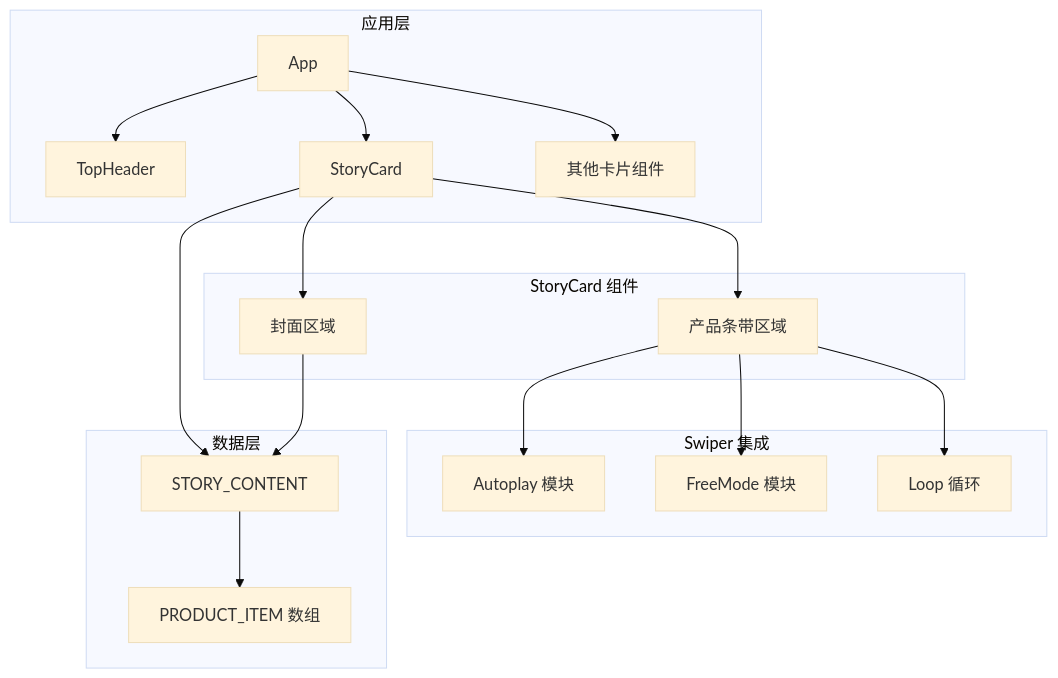
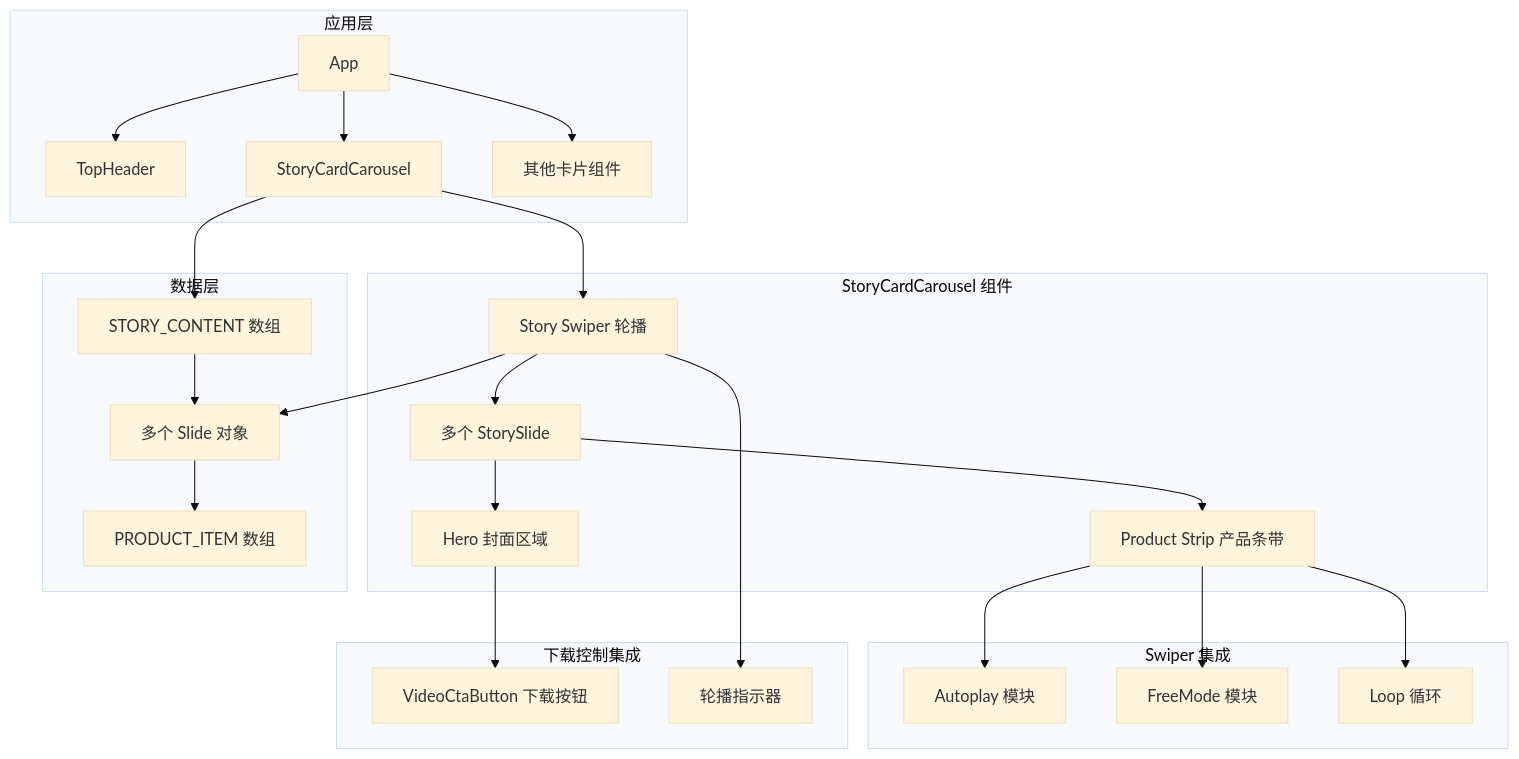
Before and after one commit to billye220670/newSquare: the fourth of 14 diagrams in .qoder/repowiki/zh/content/内容卡片系统/单品故事卡片.md, drawn with Mermaid (base theme). The commit also changed other lines of this file and 7 other files, not shown here.

````diff
--- a/.qoder/repowiki/zh/content/内容卡片系统/单品故事卡片.md
+++ b/.qoder/repowiki/zh/content/内容卡片系统/单品故事卡片.md
@@ -146,22 +191,29 @@
 ```mermaid
 graph TB
 subgraph "应用层"
 A[App] --> B[TopHeader]
-A --> C[StoryCard]
+A --> C[StoryCardCarousel]
 A --> D[其他卡片组件]
 end
-subgraph "StoryCard 组件"
-C --> E[封面区域]
-C --> F[产品条带区域]
+subgraph "StoryCardCarousel 组件"
+C --> E[Story Swiper 轮播]
+E --> F[多个 StorySlide]
+F --> G[Hero 封面区域]
+F --> H[Product Strip 产品条带]
 end
 subgraph "Swiper 集成"
-F --> G[Autoplay 模块]
-F --> H[FreeMode 模块]
-F --> I[Loop 循环]
+H --> I[Autoplay 模块]
+H --> J[FreeMode 模块]
+H --> K[Loop 循环]
+end
+subgraph "下载控制集成"
+G --> L[VideoCtaButton 下载按钮]
+E --> M[轮播指示器]
 end
 subgraph "数据层"
-J[STORY_CONTENT] --> K[PRODUCT_ITEM 数组]
+N[STORY_CONTENT 数组] --> O[多个 Slide 对象]
+O --> P[PRODUCT_ITEM 数组]
 end
-C --> J
-E --> J
+C --> N
+E --> O
 ```
````
